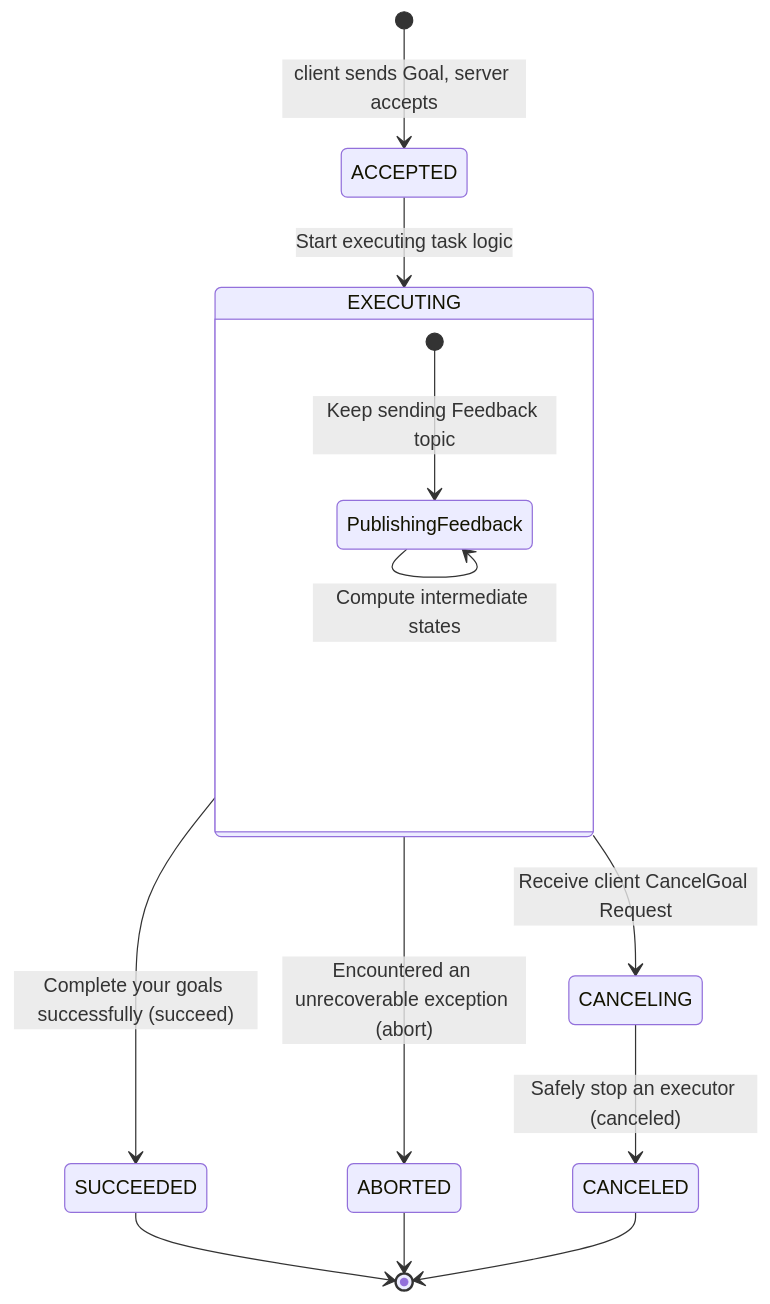
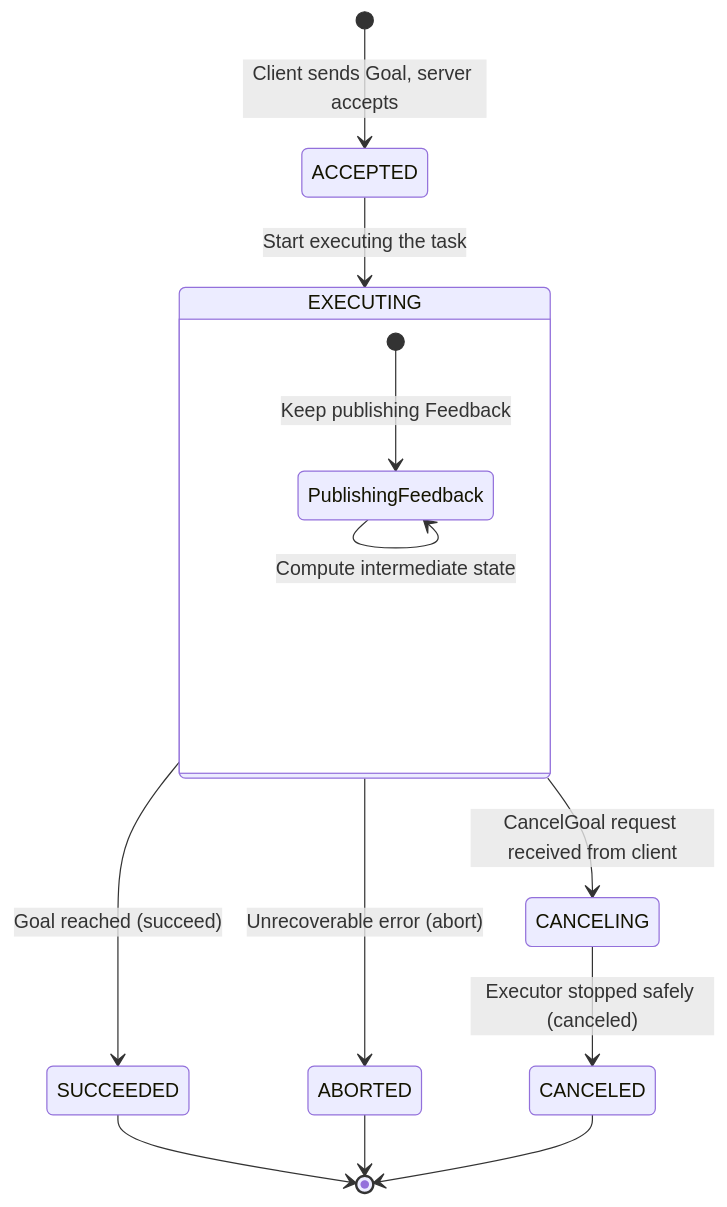
One commit to TingdeLiu/tingdeliu.github.io changed the ninth of 21 diagrams in _translations/en/research/ROS2-Survey.md. Above: the diagram before and after it, drawn with Mermaid. The commit also changed other lines of this file and 51 other files, not shown here.

````diff
--- a/_translations/en/research/ROS2-Survey.md
+++ b/_translations/en/research/ROS2-Survey.md
@@ -477,20 +477,20 @@
 ```mermaid
 stateDiagram-v2
-    [*] --> ACCEPTED: client sends Goal, server accepts
-    ACCEPTED --> EXECUTING: Start executing task logic
+    [*] --> ACCEPTED: Client sends Goal, server accepts
+    ACCEPTED --> EXECUTING: Start executing the task
     
     state EXECUTING {
-        [*] --> PublishingFeedback: Keep sending Feedback topic
-        PublishingFeedback --> PublishingFeedback: Compute intermediate states
+        [*] --> PublishingFeedback: Keep publishing Feedback
+        PublishingFeedback --> PublishingFeedback: Compute intermediate state
     }
 
-    EXECUTING --> SUCCEEDED: Complete your goals successfully (succeed)
-    EXECUTING --> ABORTED: Encountered an unrecoverable exception (abort)
-    EXECUTING --> CANCELING: Receive client CancelGoal Request
+    EXECUTING --> SUCCEEDED: Goal reached (succeed)
+    EXECUTING --> ABORTED: Unrecoverable error (abort)
+    EXECUTING --> CANCELING: CancelGoal request received from client
     
-    CANCELING --> CANCELED: Safely stop an executor (canceled)
+    CANCELING --> CANCELED: Executor stopped safely (canceled)
 
     SUCCEEDED --> [*]
     ABORTED --> [*]
     CANCELED --> [*]
 ```
````
